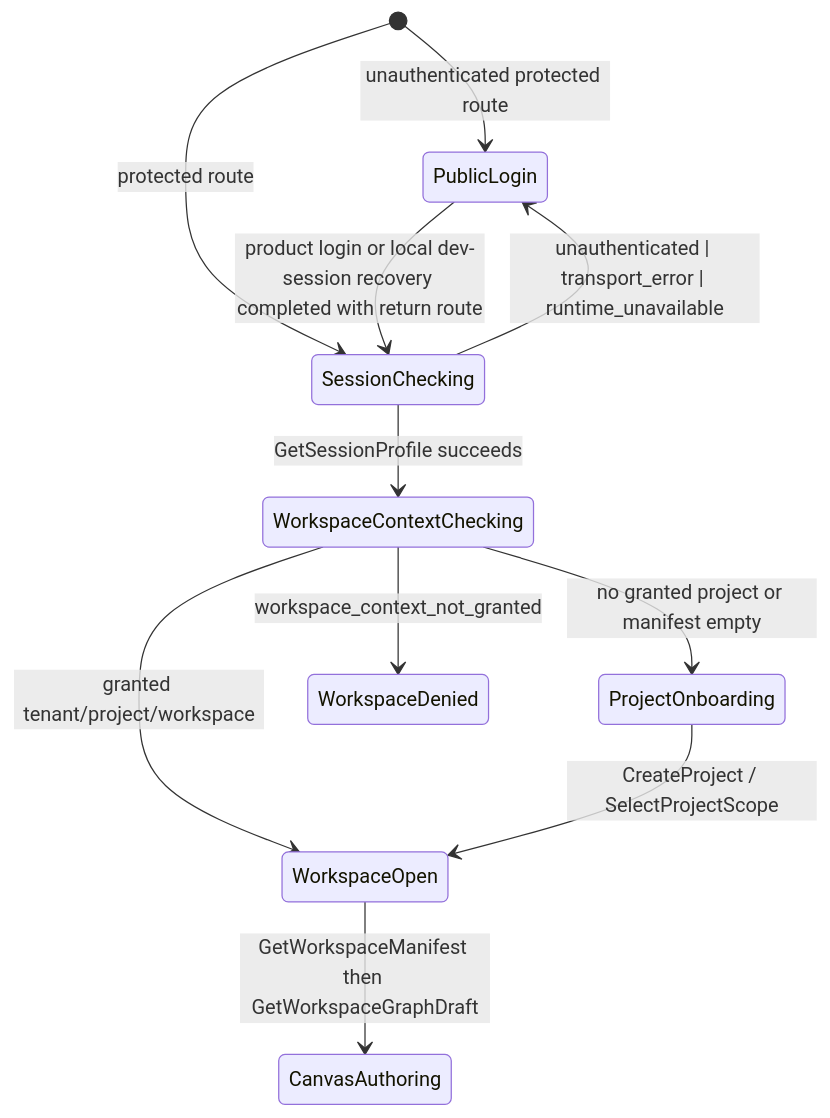
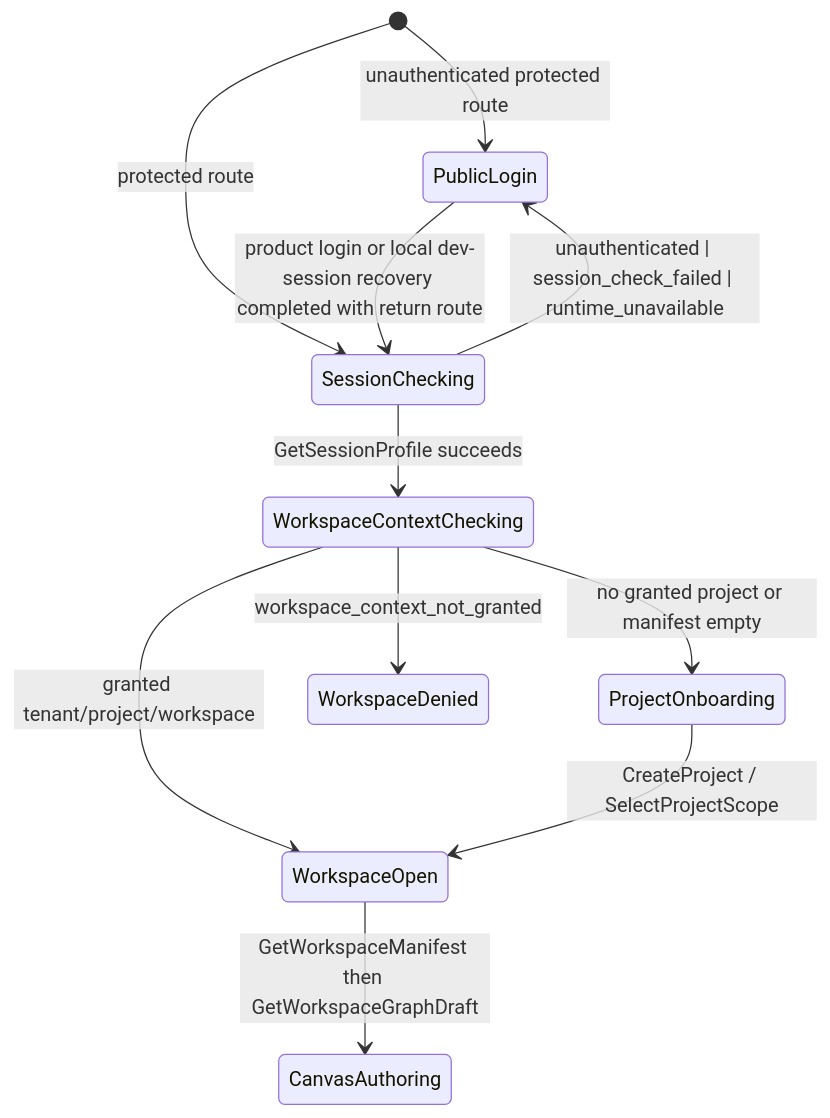
The first of 3 diagrams in docs/architecture/components/web/appshell/web-auth-project-onboarding-component.md (dunay2/dvt), drawn with Mermaid before and after one commit. The commit also changed other lines of this file and 5 other files, not shown here.

````diff
--- a/docs/architecture/components/web/appshell/web-auth-project-onboarding-component.md
+++ b/docs/architecture/components/web/appshell/web-auth-project-onboarding-component.md
@@ -75,13 +78,13 @@
 ```mermaid
 stateDiagram-v2
   [*] --> PublicLogin: unauthenticated protected route
   [*] --> SessionChecking: protected route
   PublicLogin --> SessionChecking: product login or local dev-session recovery completed with return route
   SessionChecking --> WorkspaceContextChecking: GetSessionProfile succeeds
-  SessionChecking --> PublicLogin: unauthenticated | transport_error | runtime_unavailable
+  SessionChecking --> PublicLogin: unauthenticated | session_check_failed | runtime_unavailable
   WorkspaceContextChecking --> ProjectOnboarding: no granted project or manifest empty
   WorkspaceContextChecking --> WorkspaceDenied: workspace_context_not_granted
   WorkspaceContextChecking --> WorkspaceOpen: granted tenant/project/workspace
   ProjectOnboarding --> WorkspaceOpen: CreateProject / SelectProjectScope
   WorkspaceOpen --> CanvasAuthoring: GetWorkspaceManifest then GetWorkspaceGraphDraft
 ```
````
